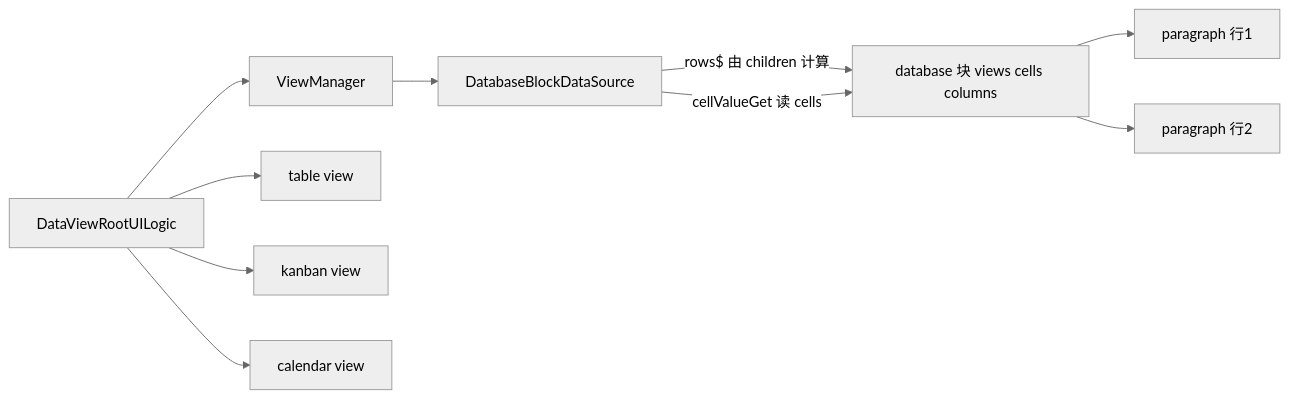
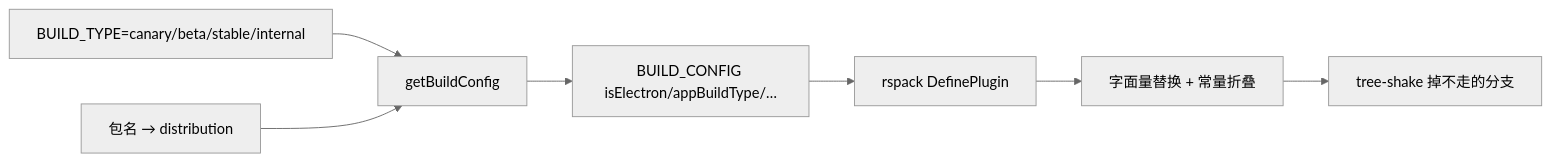
One commit to lfire/AFFiNE changed the third of 3 diagrams in learning-guide/slides/decks/14.md. Above: the diagram before and after it, drawn with Mermaid (neutral theme). The commit also changed other lines of this file and 73 other files, not shown here.

````diff
--- a/learning-guide/slides/decks/14.md
+++ b/learning-guide/slides/decks/14.md
@@ -254,12 +213,9 @@
 ```mermaid
 flowchart LR
-  DB["database 块 views cells columns"] --> R1["paragraph 行1"]
-  DB --> R2["paragraph 行2"]
-  DS["DatabaseBlockDataSource"] -->|"rows$ 由 children 计算"| DB
-  DS -->|"cellValueGet 读 cells"| DB
-  VM["ViewManager"] --> DS
-  UI["DataViewRootUILogic"] --> VM
-  UI --> T["table view"]
-  UI --> K["kanban view"]
-  UI --> C["calendar view"]
+  ENV["BUILD_TYPE=canary/beta/stable/internal"] --> GC["getBuildConfig"]
+  PKG["包名 → distribution"] --> GC
+  GC --> CFG["BUILD_CONFIG isElectron/appBuildType/…"]
+  CFG --> DP["rspack DefinePlugin"]
+  DP --> LIT["字面量替换 + 常量折叠"]
+  LIT --> TS["tree-shake 掉不走的分支"]
 ```
````
